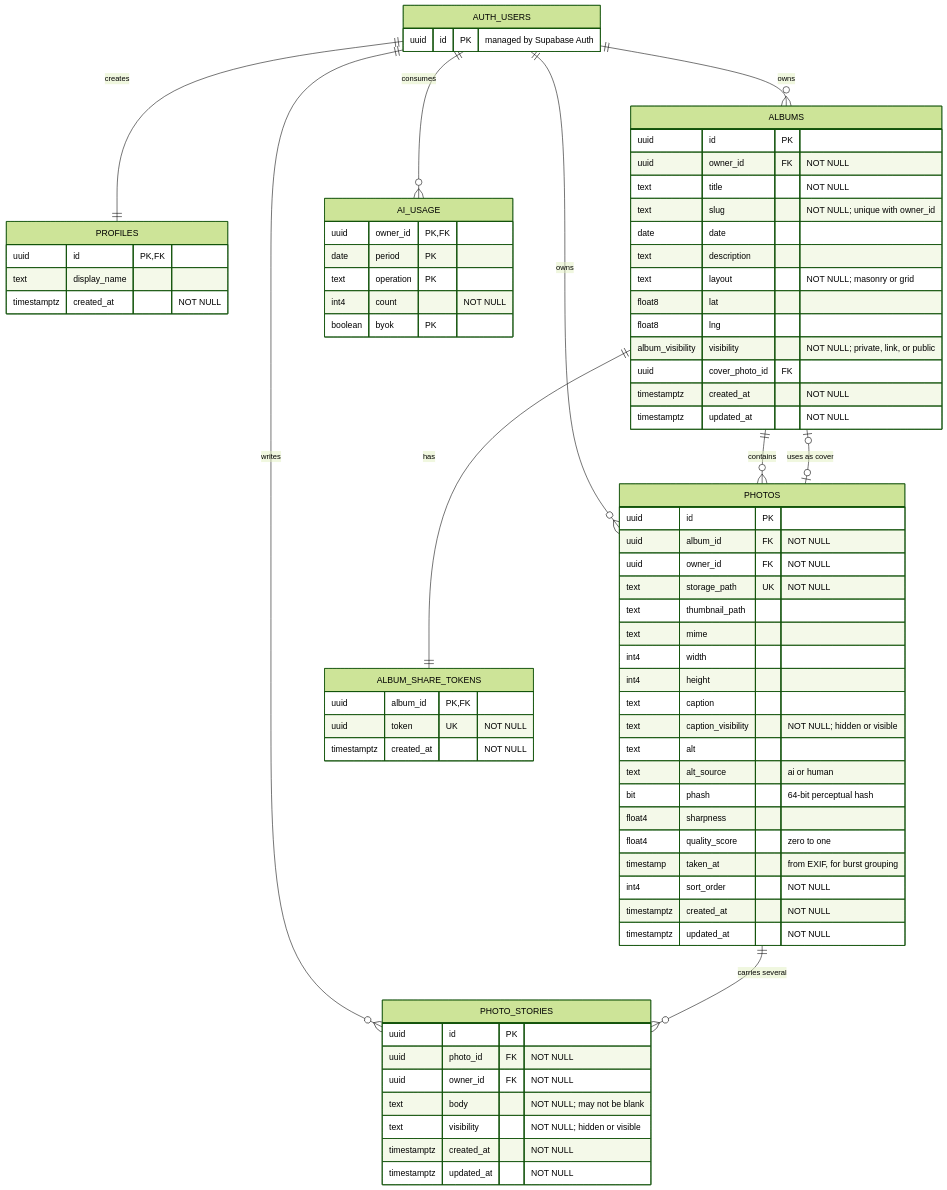
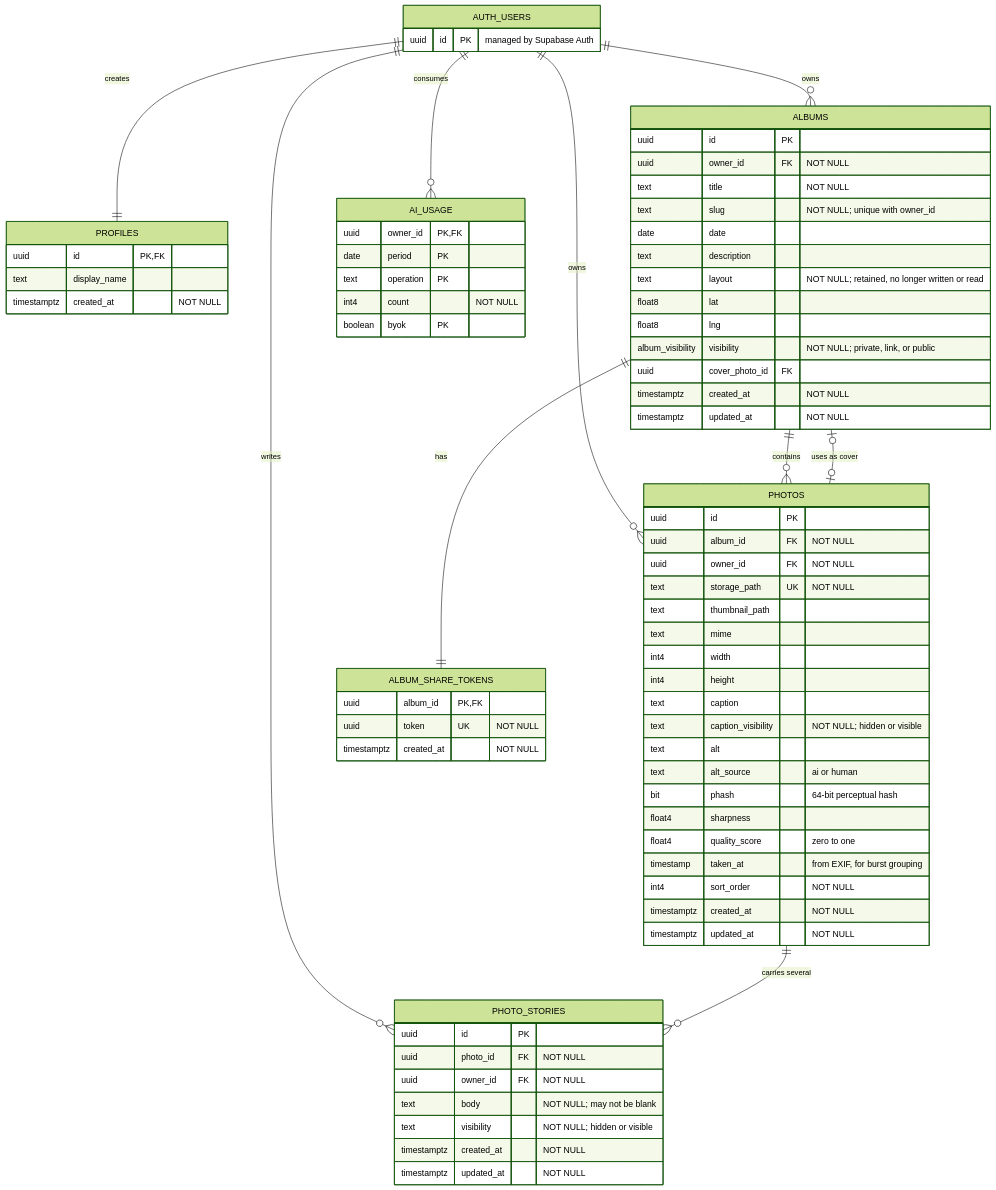
The second of 3 diagrams in docs/project-structure.md (Elizabeth1979/albums-studio), drawn with Mermaid (forest theme) before and after one commit. The commit also changed other lines of this file and 1 other file, not shown here.

First line of the commit message:
Stop drawing a layout switch that was withdrawn

```diff
--- a/docs/project-structure.md
+++ b/docs/project-structure.md
@@ -155,7 +155,7 @@
         text slug "NOT NULL; unique with owner_id"
         date date
         text description
-        text layout "NOT NULL; masonry or grid"
+        text layout "NOT NULL; retained, no longer written or read"
         float8 lat
         float8 lng
         album_visibility visibility "NOT NULL; private, link, or public"
```
